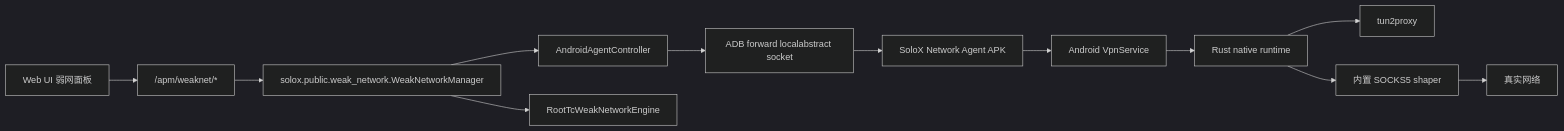
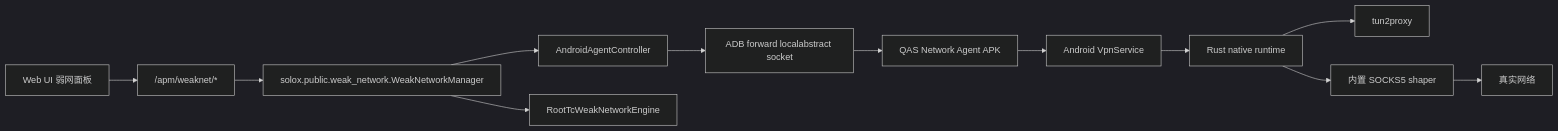
The diagram in docs/06-engineering/weak-network-tooling.md (gradient30/SoloX), drawn with Mermaid (dark theme) before and after one commit. The commit also changed 3 other files, not shown here.

Commit message:
docs(android-agent): finish qas public references

````diff
--- a/docs/06-engineering/weak-network-tooling.md
+++ b/docs/06-engineering/weak-network-tooling.md
@@ -18,14 +18,14 @@
 ```mermaid
 flowchart LR
     UI["Web UI 弱网面板"] --> API["/apm/weaknet/*"]
     API --> Manager["solox.public.weak_network.WeakNetworkManager"]
     Manager --> AgentCtl["AndroidAgentController"]
     Manager --> RootTc["RootTcWeakNetworkEngine"]
     AgentCtl --> ADB["ADB forward localabstract socket"]
-    ADB --> Agent["SoloX Network Agent APK"]
+    ADB --> Agent["QAS Network Agent APK"]
     Agent --> VPN["Android VpnService"]
     VPN --> Native["Rust native runtime"]
     Native --> T2P["tun2proxy"]
     Native --> Socks["内置 SOCKS5 shaper"]
     Socks --> Net["真实网络"]
 ```
````
